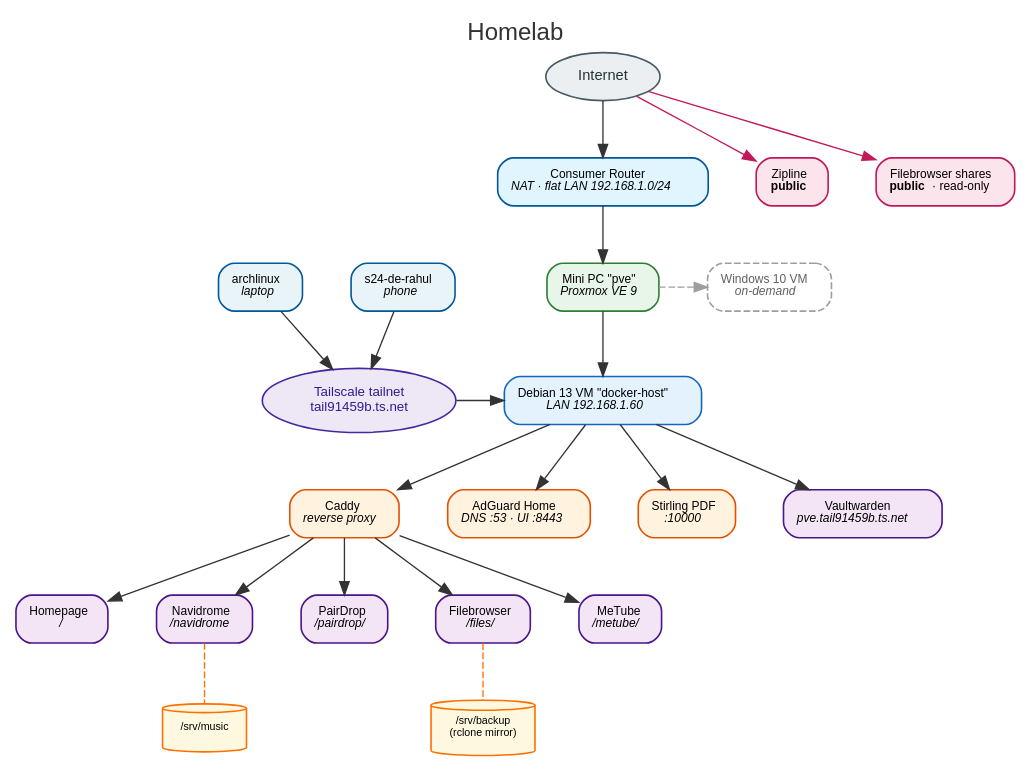
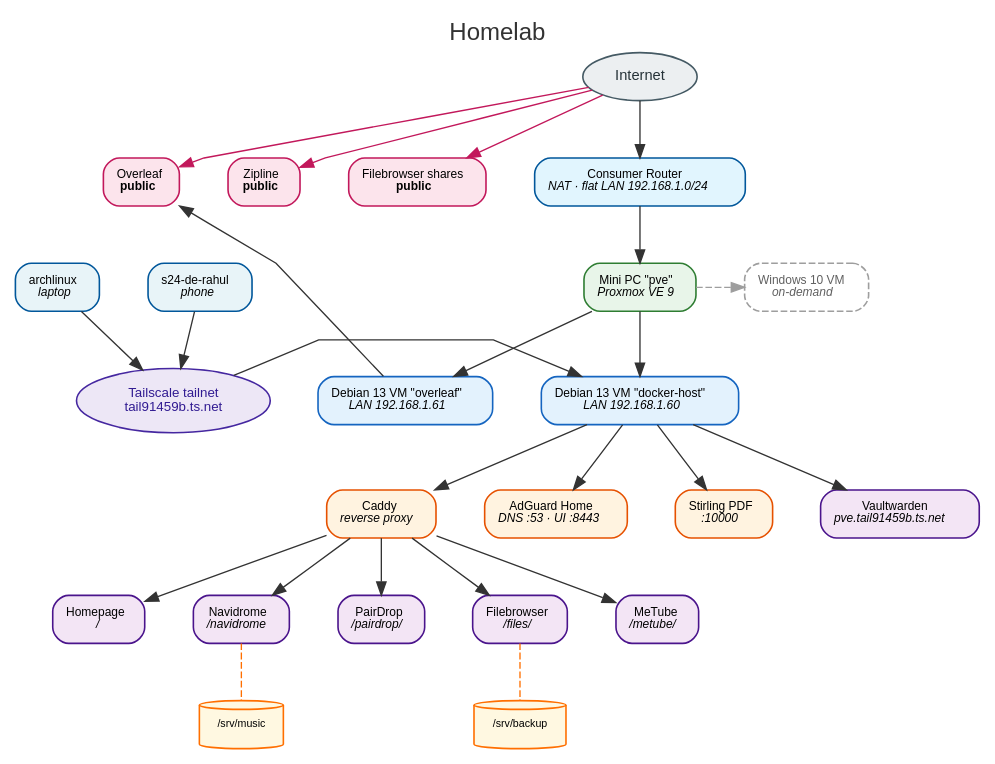
The diagram in docs/schemas/homelab.dot (RahulSandhu/homelab), drawn with Graphviz before and after one commit. The commit also changed 13 other files, not shown here.

```diff
--- a/docs/schemas/homelab.dot
+++ b/docs/schemas/homelab.dot
@@ -1,77 +1,83 @@
 digraph homelab {
     rankdir=TB;
     center=true;
     splines=polyline;
     nodesep=0.5;
     ranksep=0.6;
     bgcolor="white";
     labelloc="t";
     label="Homelab";
     graph [fontname="Helvetica", fontsize=18, fontcolor="#333333", color="#333333"];
     node  [fontname="Helvetica", fontsize=9, shape=box, style="rounded,filled",
            fillcolor="#e8f4f8", color="#01579b", penwidth=1.2, margin="0.14,0.09"];
     edge  [fontname="Helvetica", fontsize=8, color="#333333", penwidth=1.0];
 
     // ---------- nodes ----------
     wan    [label="Internet", shape=ellipse, style="filled", fillcolor="#eceff1", color="#455a64", fontsize=11, fontcolor="#263238", group=spine];
     router [label=<Consumer Router<br/><i>NAT &#183; flat LAN 192.168.1.0/24</i>>, fillcolor="#e1f5fe", color="#01579b", group=spine];
     pve    [label=<Mini PC "pve"<br/><i>Proxmox VE 9</i>>, fillcolor="#e8f5e9", color="#2e7d32", group=spine];
     vm     [label=<Debian 13 VM "docker-host"<br/><i>LAN 192.168.1.60</i>>, fillcolor="#e3f2fd", color="#1565c0", group=spine];
     win    [label=<Windows 10 VM<br/><i>on-demand</i>>, style="rounded,dashed", fillcolor="#f5f5f5", color="#9e9e9e", fontcolor="#616161"];
+    ov     [label=<Debian 13 VM "overleaf"<br/><i>LAN 192.168.1.61</i>>, fillcolor="#e3f2fd", color="#1565c0"];
 
     tailnet [label="Tailscale tailnet\ntail91459b.ts.net", shape=ellipse, style="filled", fillcolor="#ede7f6", color="#4527a0", fontcolor="#311b92", fontsize=10];
     laptop  [label=<archlinux<br/><i>laptop</i>>];
     phone   [label=<s24-de-rahul<br/><i>phone</i>>];
 
     caddy [label=<Caddy<br/><i>reverse proxy</i>>, fillcolor="#fff3e0", color="#e65100"];
     adg   [label=<AdGuard Home<br/><i>DNS :53 &#183; UI :8443</i>>, fillcolor="#fff3e0", color="#e65100"];
     spdf  [label=<Stirling PDF<br/><i>:10000</i>>, fillcolor="#fff3e0", color="#e65100"];
     vw    [label=<Vaultwarden<br/><i>pve.tail91459b.ts.net</i>>, fillcolor="#f3e5f5", color="#4a148c"];
 
     hp [label=<Homepage<br/><i>/</i>>, fillcolor="#f3e5f5", color="#4a148c"];
     nd [label=<Navidrome<br/><i>/navidrome</i>>, fillcolor="#f3e5f5", color="#4a148c"];
     pd [label=<PairDrop<br/><i>/pairdrop/</i>>, fillcolor="#f3e5f5", color="#4a148c"];
     fb [label=<Filebrowser<br/><i>/files/</i>>, fillcolor="#f3e5f5", color="#4a148c"];
     mt [label=<MeTube<br/><i>/metube/</i>>, fillcolor="#f3e5f5", color="#4a148c"];
 
     zp  [label=<Zipline<br/><b>public</b>>, fillcolor="#fce4ec", color="#c2185b"];
-    fbp [label=<Filebrowser shares<br/><b>public</b> &#183; read-only>, fillcolor="#fce4ec", color="#c2185b"];
+    fbp [label=<Filebrowser shares<br/><b>public</b>>, fillcolor="#fce4ec", color="#c2185b"];
+    ovp [label=<Overleaf<br/><b>public</b>>, fillcolor="#fce4ec", color="#c2185b"];
 
     music  [label="/srv/music", shape=cylinder, fillcolor="#fff8e1", color="#ff6f00", fontsize=8];
-    backup [label="/srv/backup\n(rclone mirror)", shape=cylinder, fillcolor="#fff8e1", color="#ff6f00", fontsize=8];
+    backup [label="/srv/backup", shape=cylinder, fillcolor="#fff8e1", color="#ff6f00", fontsize=8];
 
     // ---------- ranks (top to bottom) ----------
-    { rank=same; router; zp; fbp; }
+    { rank=same; router; zp; fbp; ovp; }
     { rank=same; pve; win; laptop; phone; }
-    { rank=same; vm; tailnet; }
+    { rank=same; vm; ov; tailnet; }
     { rank=same; caddy; adg; spdf; vw; }
     { rank=same; hp; nd; pd; fb; mt; }
     { rank=same; music; backup; }
 
     // ---------- edges ----------
     wan -> router;
     router -> pve;
     pve -> vm;
     pve -> win [style=dashed, color="#9e9e9e"];
 
     laptop -> tailnet;
     phone  -> tailnet;
     tailnet -> vm;
 
     vm -> caddy;
     vm -> adg;
     vm -> spdf;
     vm -> vw;
 
     caddy -> hp;
     caddy -> nd;
     caddy -> pd;
     caddy -> fb;
     caddy -> mt;
 
     nd -> music  [style=dashed, arrowhead=none, color="#ff6f00"];
     fb -> backup [style=dashed, arrowhead=none, color="#ff6f00"];
 
     wan -> zp  [color="#c2185b", style=bold];
     wan -> fbp [color="#c2185b", style=bold];
+
+    pve -> ov;
+    ov -> ovp;
+    wan -> ovp [color="#c2185b", style=bold];
 }
```
